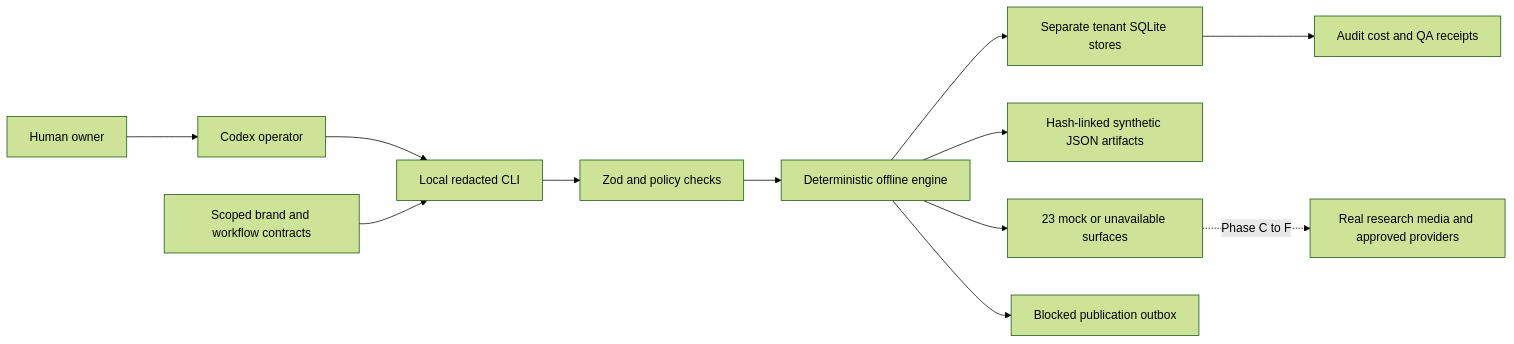
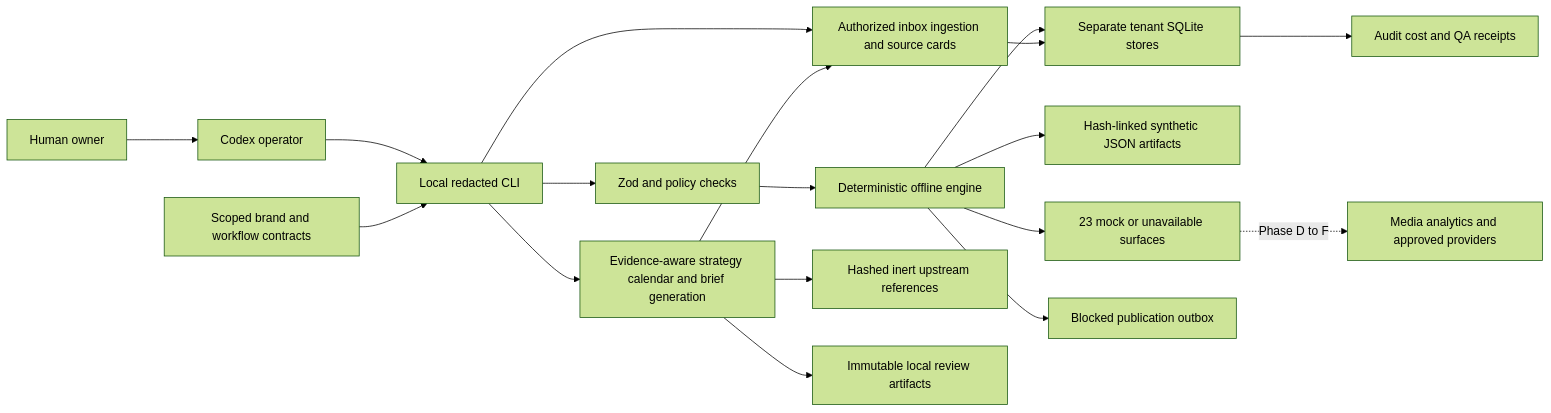
The diagram in docs/ARCHITECTURE.md (mAsyamJ/gtm-os), drawn with Mermaid (forest theme) before and after one commit. The commit also changed other lines of this file and 63 other files, not shown here.

Commit message:
feat: implement Phase C curated research and evidence-aware strategy

````diff
--- a/docs/ARCHITECTURE.md
+++ b/docs/ARCHITECTURE.md
@@ -21,14 +21,20 @@
 ```mermaid
 flowchart LR
   Owner[Human owner] --> Operator[Codex operator]
   Operator --> CLI[Local redacted CLI]
   Contracts[Scoped brand and workflow contracts] --> CLI
   CLI --> Schemas[Zod and policy checks]
   Schemas --> Engine[Deterministic offline engine]
   Engine --> Storage[Separate tenant SQLite stores]
   Engine --> Fixtures[Hash-linked synthetic JSON artifacts]
   Engine --> Mocks[23 mock or unavailable surfaces]
   Engine --> Gate[Blocked publication outbox]
   Storage --> Receipts[Audit cost and QA receipts]
-  Mocks -. Phase C to F .-> Future[Real research media and approved providers]
+  CLI --> Research[Authorized inbox ingestion and source cards]
+  Research --> Storage
+  CLI --> Planning[Evidence-aware strategy calendar and brief generation]
+  Planning --> Research
+  Planning --> References[Hashed inert upstream references]
+  Planning --> Text[Immutable local review artifacts]
+  Mocks -. Phase D to F .-> Future[Media analytics and approved providers]
 ```
````
